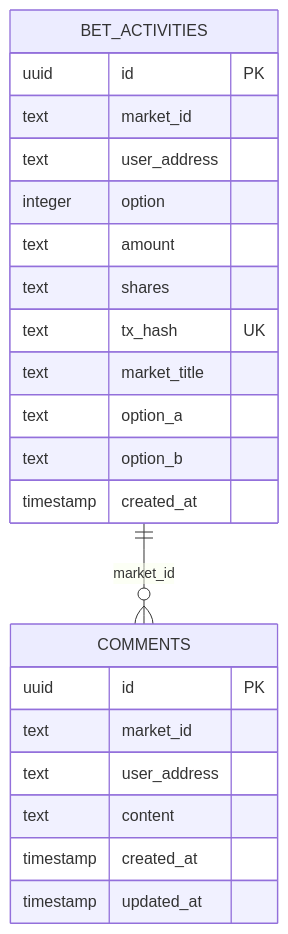
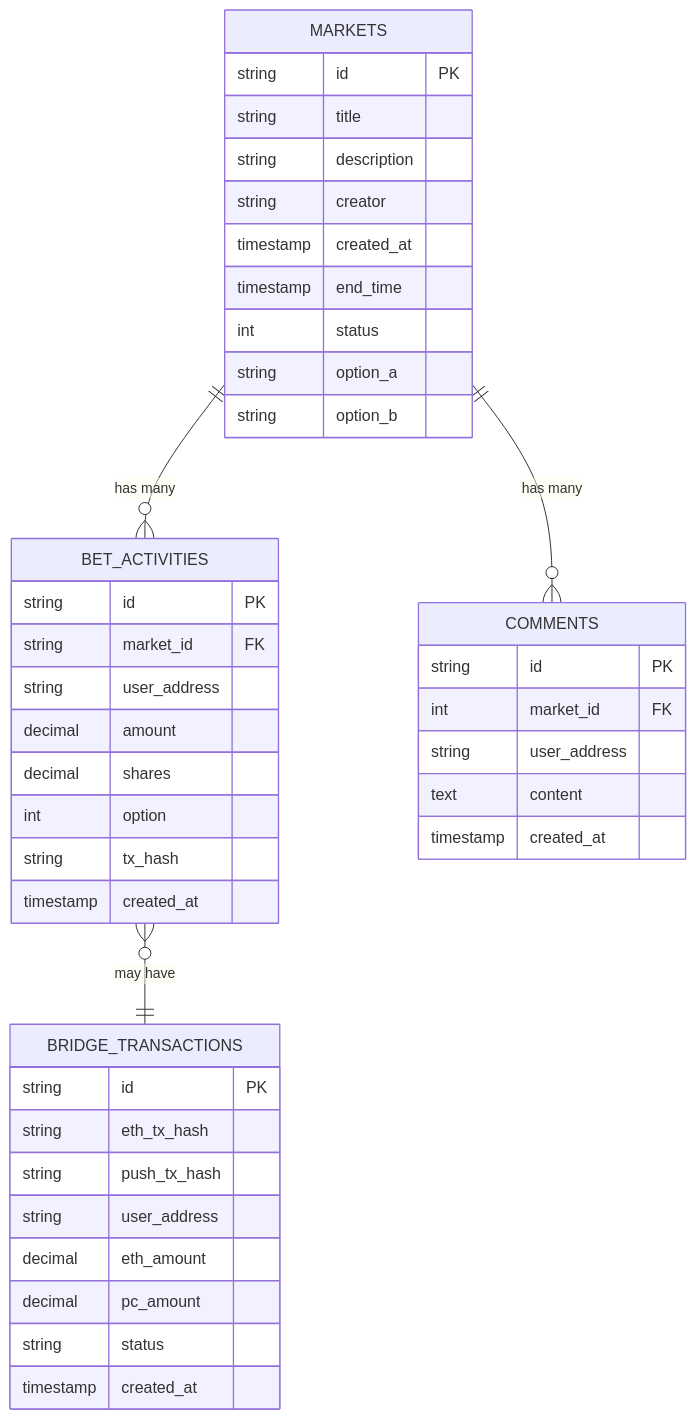
One commit to enliven17/push-predict changed the fourth of 10 diagrams in diagrams.md. Above: the diagram before and after it, drawn with Mermaid. The commit also changed other lines of this file and 19 other files, not shown here.

````diff
--- a/diagrams.md
+++ b/diagrams.md
@@ -132,27 +120,48 @@
 ```mermaid
 erDiagram
+    MARKETS {
+        string id PK
+        string title
+        string description
+        string creator
+        timestamp created_at
+        timestamp end_time
+        int status
+        string option_a
+        string option_b
+    }
+    
     BET_ACTIVITIES {
-        uuid id PK
-        text market_id
-        text user_address
-        integer option
-        text amount
-        text shares
-        text tx_hash UK
-        text market_title
-        text option_a
-        text option_b
+        string id PK
+        string market_id FK
+        string user_address
+        decimal amount
+        decimal shares
+        int option
+        string tx_hash
         timestamp created_at
     }
     
     COMMENTS {
-        uuid id PK
-        text market_id
-        text user_address
+        string id PK
+        int market_id FK
+        string user_address
         text content
         timestamp created_at
-        timestamp updated_at
     }
     
-    BET_ACTIVITIES ||--o{ COMMENTS : "market_id"
+    BRIDGE_TRANSACTIONS {
+        string id PK
+        string eth_tx_hash
+        string push_tx_hash
+        string user_address
+        decimal eth_amount
+        decimal pc_amount
+        string status
+        timestamp created_at
+    }
+    
+    MARKETS ||--o{ BET_ACTIVITIES : "has many"
+    MARKETS ||--o{ COMMENTS : "has many"
+    BET_ACTIVITIES }o--|| BRIDGE_TRANSACTIONS : "may have"
 ```
````
